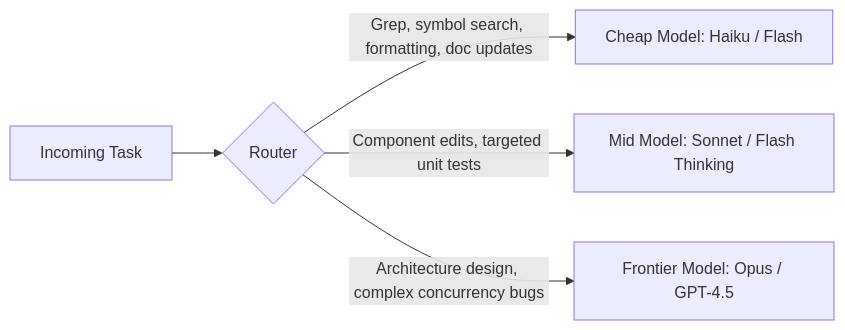
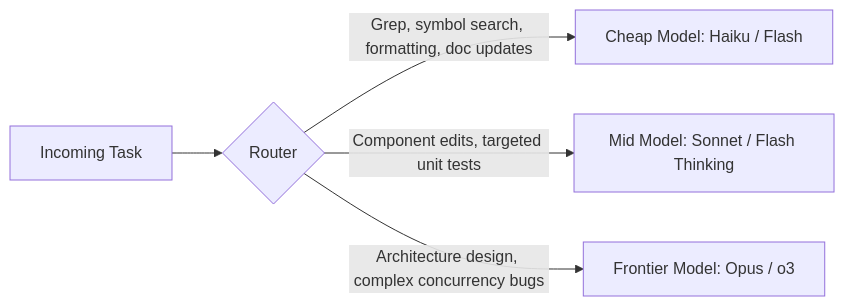
Before and after one commit to sagarnikam123/sagarnikam123.github.io: the fourth of 5 diagrams in _drafts/reduce-ai-token-usage-part1-techniques.md, drawn with Mermaid. The commit also changed other lines of this file and 2 other files, not shown here.

````diff
--- a/_drafts/reduce-ai-token-usage-part1-techniques.md
+++ b/_drafts/reduce-ai-token-usage-part1-techniques.md
@@ -263,7 +274,7 @@
 ```mermaid
 graph LR
     Task[Incoming Task] --> Router{Router}
     Router -->|Grep, symbol search, formatting, doc updates| Cheap[Cheap Model: Haiku / Flash]
     Router -->|Component edits, targeted unit tests| Mid[Mid Model: Sonnet / Flash Thinking]
-    Router -->|Architecture design, complex concurrency bugs| Frontier[Frontier Model: Opus / GPT-4.5]
+    Router -->|Architecture design, complex concurrency bugs| Frontier[Frontier Model: Opus / o3]
 ```
````
